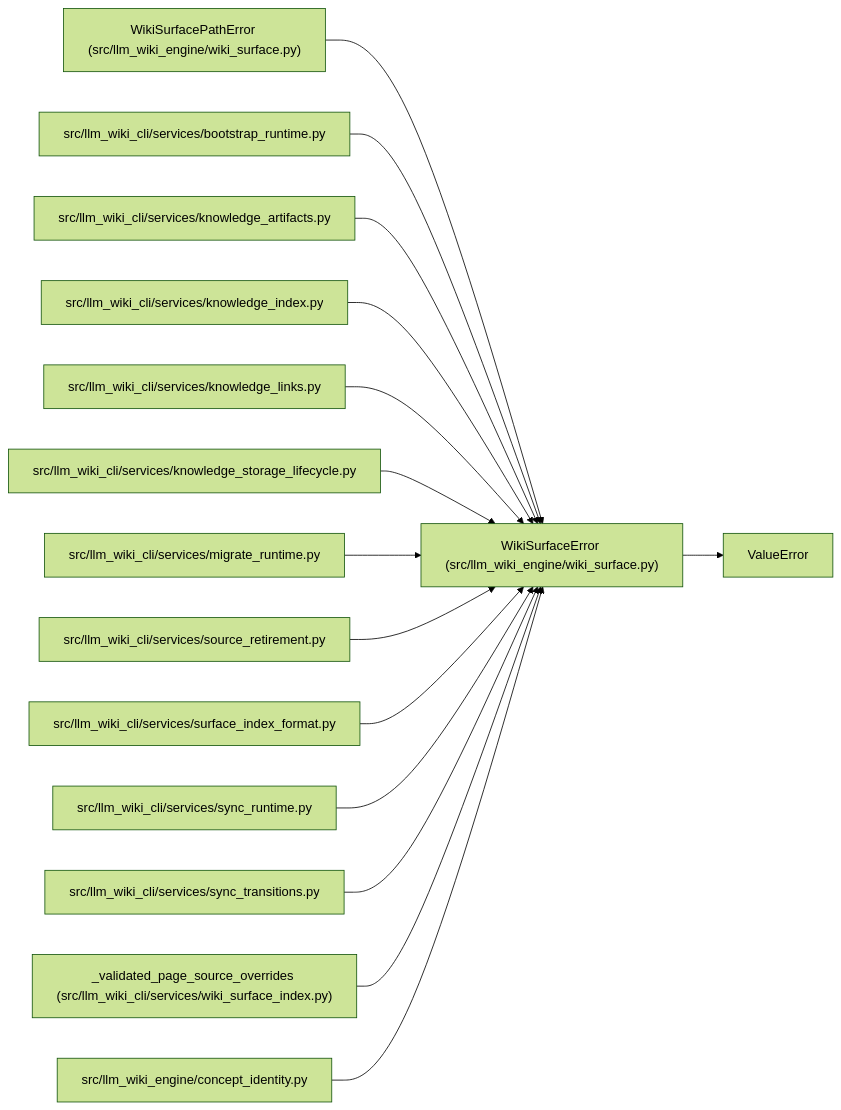
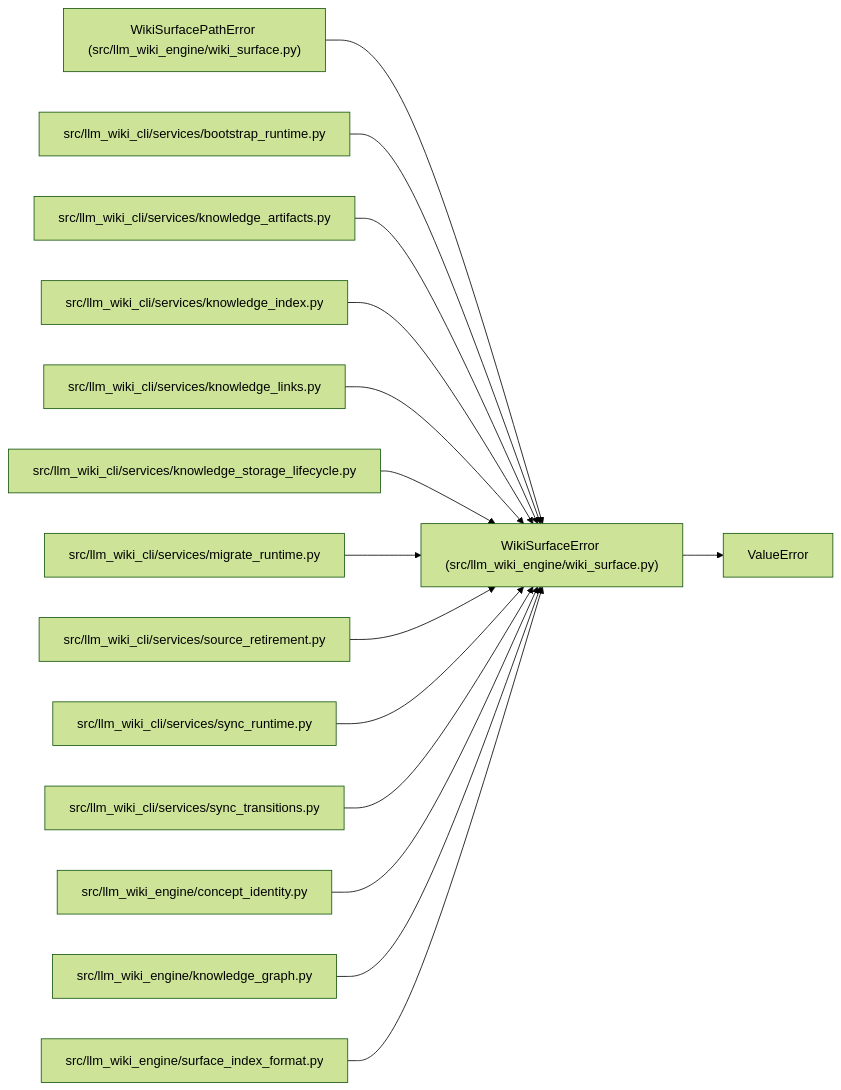
One commit to Denissvgn/python-wiki-llm changed the diagram in docs/llm_wiki/entities/WikiSurfaceError.md. Above: the diagram before and after it, drawn with Mermaid (forest theme). The commit also changed other lines of this file and 739 other files, not shown here.

First line of the commit message:
docs: refresh the wiki for the second engine batch

````diff
--- a/docs/llm_wiki/entities/WikiSurfaceError.md
+++ b/docs/llm_wiki/entities/WikiSurfaceError.md
@@ -23,46 +23,46 @@
 ```mermaid
 flowchart LR
     n0["WikiSurfaceError (src/llm_wiki_engine/wiki_surface.py)"]
     n1["ValueError"]
     n2["WikiSurfacePathError (src/llm_wiki_engine/wiki_surface.py)"]
     n3["src/llm_wiki_cli/services/bootstrap_runtime.py"]
     n4["src/llm_wiki_cli/services/knowledge_artifacts.py"]
     n5["src/llm_wiki_cli/services/knowledge_index.py"]
     n6["src/llm_wiki_cli/services/knowledge_links.py"]
     n7["src/llm_wiki_cli/services/knowledge_storage_lifecycle.py"]
     n8["src/llm_wiki_cli/services/migrate_runtime.py"]
     n9["src/llm_wiki_cli/services/source_retirement.py"]
-    n10["src/llm_wiki_cli/services/surface_index_format.py"]
-    n11["src/llm_wiki_cli/services/sync_runtime.py"]
-    n12["src/llm_wiki_cli/services/sync_transitions.py"]
-    n13["_validated_page_source_overrides (src/llm_wiki_cli/services/wiki_surface_index.py)"]
-    n14["src/llm_wiki_engine/concept_identity.py"]
+    n10["src/llm_wiki_cli/services/sync_runtime.py"]
+    n11["src/llm_wiki_cli/services/sync_transitions.py"]
+    n12["src/llm_wiki_engine/concept_identity.py"]
+    n13["src/llm_wiki_engine/knowledge_graph.py"]
+    n14["src/llm_wiki_engine/surface_index_format.py"]
     n0 --> n1
     n2 --> n0
     n3 --> n0
     n4 --> n0
     n5 --> n0
     n6 --> n0
     n7 --> n0
     n8 --> n0
     n9 --> n0
     n10 --> n0
     n11 --> n0
     n12 --> n0
     n13 --> n0
     n14 --> n0
     click n0 "../modules/wiki_surface.md"
     click n2 "../modules/wiki_surface.md"
     click n3 "../modules/bootstrap_runtime.md"
     click n4 "../modules/knowledge_artifacts.md"
     click n5 "../modules/knowledge_index.md"
     click n6 "../modules/knowledge_links.md"
     click n7 "../modules/knowledge_storage_lifecycle.md"
     click n8 "../modules/migrate_runtime.md"
     click n9 "../modules/source_retirement.md"
-    click n10 "../modules/surface_index_format.md"
-    click n11 "../modules/sync_runtime.md"
-    click n12 "../modules/sync_transitions.md"
-    click n13 "../modules/wiki_surface_index.md"
-    click n14 "../modules/concept_identity.md"
+    click n10 "../modules/sync_runtime.md"
+    click n11 "../modules/sync_transitions.md"
+    click n12 "../modules/concept_identity.md"
+    click n13 "../modules/knowledge_graph.md"
+    click n14 "../modules/surface_index_format.md"
 ```
````
